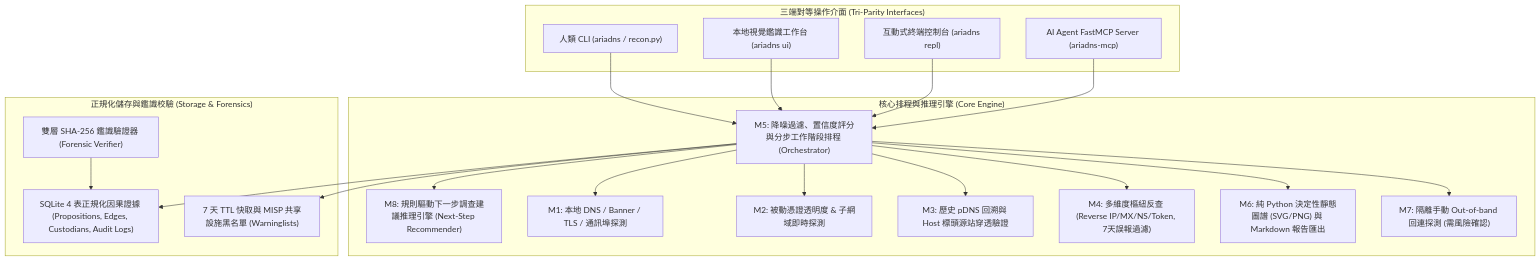
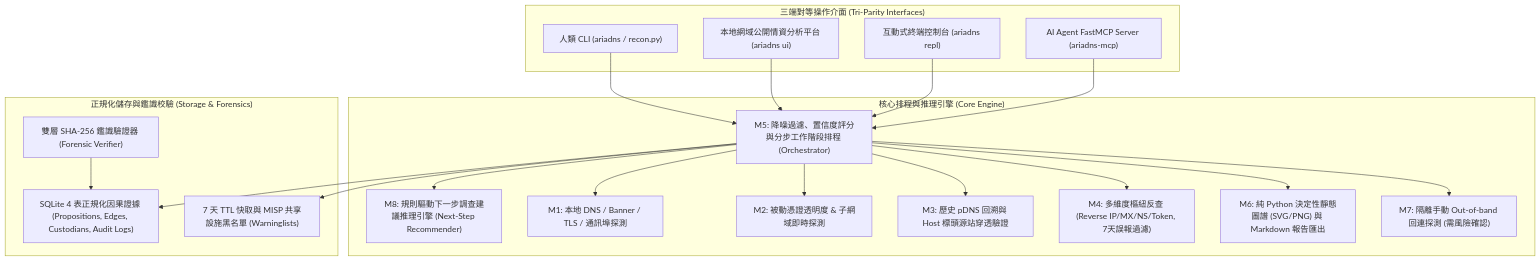
The diagram in README.md (jontykuan/Ariadns), drawn with Mermaid before and after one commit. The commit also changed other lines of this file and 2 other files, not shown here.

````diff
--- a/README.md
+++ b/README.md
@@ -16,34 +16,34 @@
 ```mermaid
 flowchart TD
     subgraph Interfaces ["三端對等操作介面 (Tri-Parity Interfaces)"]
         CLI["人類 CLI (ariadns / recon.py)"]
-        UI["本地視覺鑑識工作台 (ariadns ui)"]
+        UI["本地網域公開情資分析平台 (ariadns ui)"]
         REPL["互動式終端控制台 (ariadns repl)"]
         MCP["AI Agent FastMCP Server (ariadns-mcp)"]
     end
 
     subgraph CoreEngine ["核心排程與推理引擎 (Core Engine)"]
         M5["M5: 降噪過濾、置信度評分與分步工作階段排程 (Orchestrator)"]
         M8["M8: 規則驅動下一步調查建議推理引擎 (Next-Step Recommender)"]
         M1["M1: 本地 DNS / Banner / TLS / 通訊埠探測"]
         M2["M2: 被動憑證透明度 & 子網域即時探測"]
         M3["M3: 歷史 pDNS 回溯與 Host 標頭源站穿透驗證"]
         M4["M4: 多維度樞紐反查 (Reverse IP/MX/NS/Token, 7天誤報過濾)"]
         M6["M6: 純 Python 決定性靜態圖譜 (SVG/PNG) 與 Markdown 報告匯出"]
         M7["M7: 隔離手動 Out-of-band 回連探測 (需風險確認)"]
     end
 
     subgraph Storage ["正規化儲存與鑑識校驗 (Storage & Forensics)"]
         DB_NORM["SQLite 4 表正規化因果證據 (Propositions, Edges, Custodians, Audit Logs)"]
         CACHE["7 天 TTL 快取與 MISP 共享設施黑名單 (Warninglists)"]
         VERIFIER["雙層 SHA-256 鑑識驗證器 (Forensic Verifier)"]
     end
 
     CLI --> M5
     UI --> M5
     REPL --> M5
     MCP --> M5
     M5 --> M8 & M1 & M2 & M3 & M4 & M6 & M7
     M5 --> DB_NORM & CACHE
     VERIFIER --> DB_NORM
 ```
````
